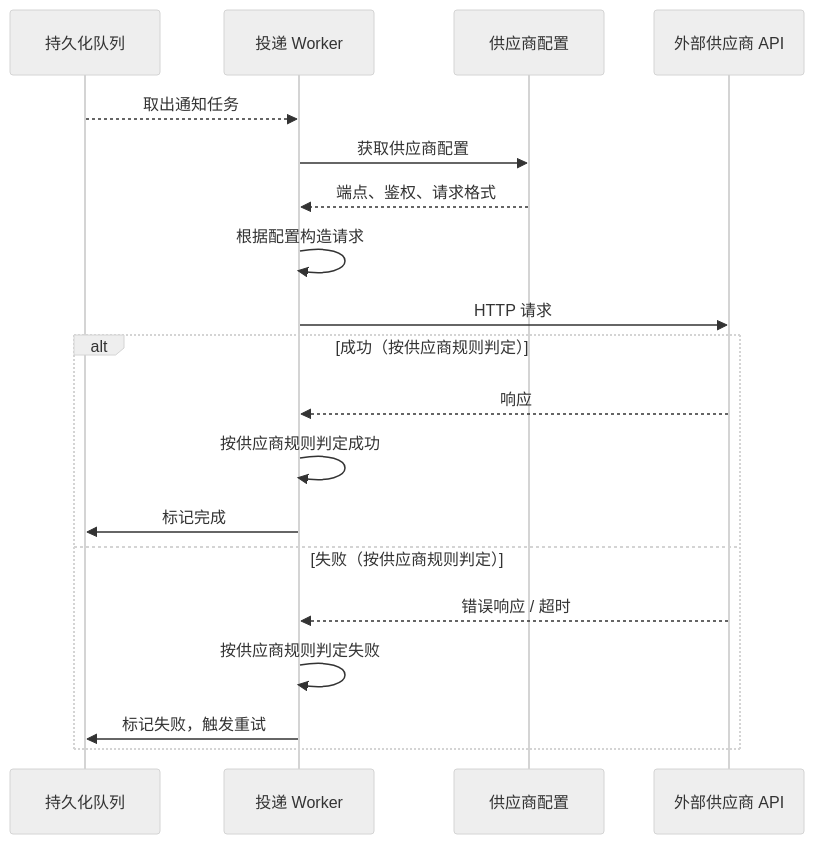
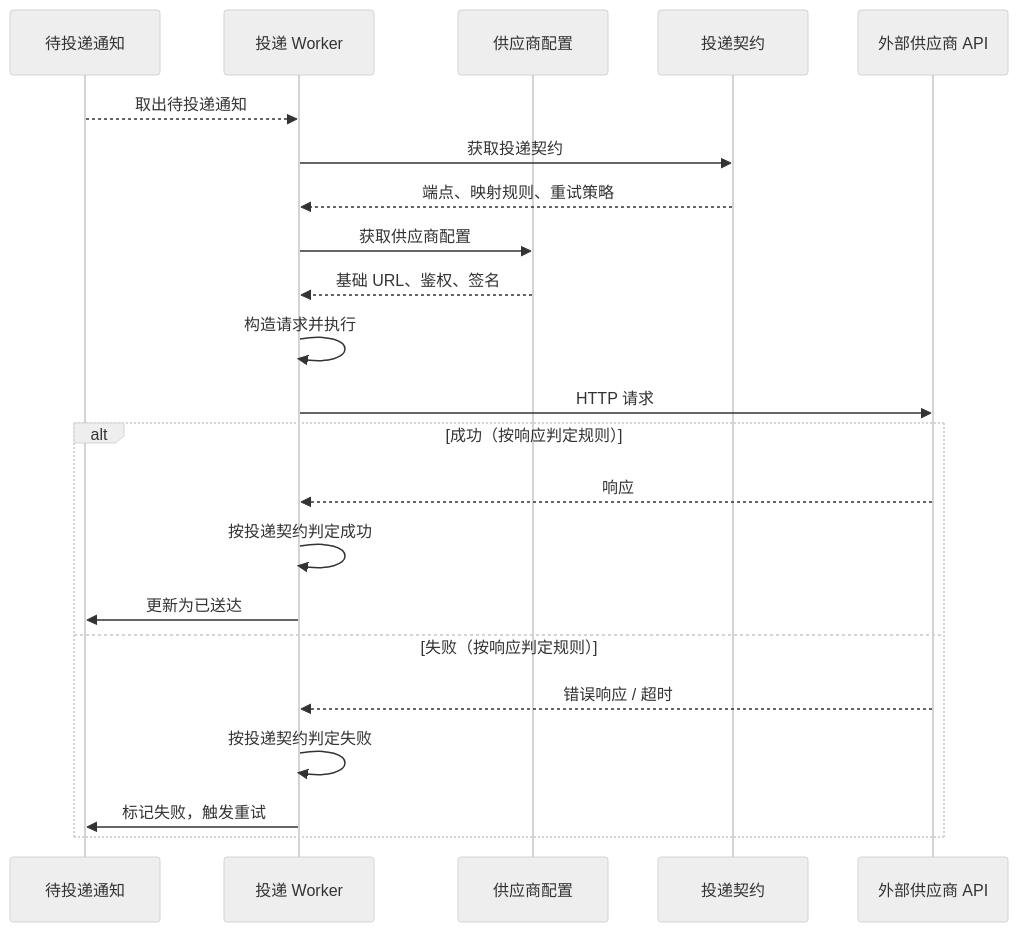
The third of 8 diagrams in doc/requirements/202605-notification.md (xnslong/rc_xnslong), drawn with Mermaid (neutral theme) before and after one commit. The commit also changed other lines of this file and 27 other files, not shown here.

````diff
--- a/doc/requirements/202605-notification.md
+++ b/doc/requirements/202605-notification.md
@@ -247,22 +372,25 @@
 ```mermaid
 sequenceDiagram
-    participant Queue as 持久化队列
+    participant Task as 待投递通知
     participant Worker as 投递 Worker
-    participant Config as 供应商配置
+    participant VendorConfig as 供应商配置
+    participant Contract as 投递契约
     participant Vendor as 外部供应商 API
 
-    Queue-->>Worker: 取出通知任务
-    Worker->>Config: 获取供应商配置
-    Config-->>Worker: 端点、鉴权、请求格式
-    Worker->>Worker: 根据配置构造请求
+    Task-->>Worker: 取出待投递通知
+    Worker->>Contract: 获取投递契约
+    Contract-->>Worker: 端点、映射规则、重试策略
+    Worker->>VendorConfig: 获取供应商配置
+    VendorConfig-->>Worker: 基础 URL、鉴权、签名
+    Worker->>Worker: 构造请求并执行
     Worker->>Vendor: HTTP 请求
-    alt 成功（按供应商规则判定）
+    alt 成功（按响应判定规则）
         Vendor-->>Worker: 响应
-        Worker->>Worker: 按供应商规则判定成功
-        Worker->>Queue: 标记完成
-    else 失败（按供应商规则判定）
+        Worker->>Worker: 按投递契约判定成功
+        Worker->>Task: 更新为已送达
+    else 失败（按响应判定规则）
         Vendor-->>Worker: 错误响应 / 超时
-        Worker->>Worker: 按供应商规则判定失败
-        Worker->>Queue: 标记失败，触发重试
+        Worker->>Worker: 按投递契约判定失败
+        Worker->>Task: 标记失败，触发重试
     end
 ```
````
